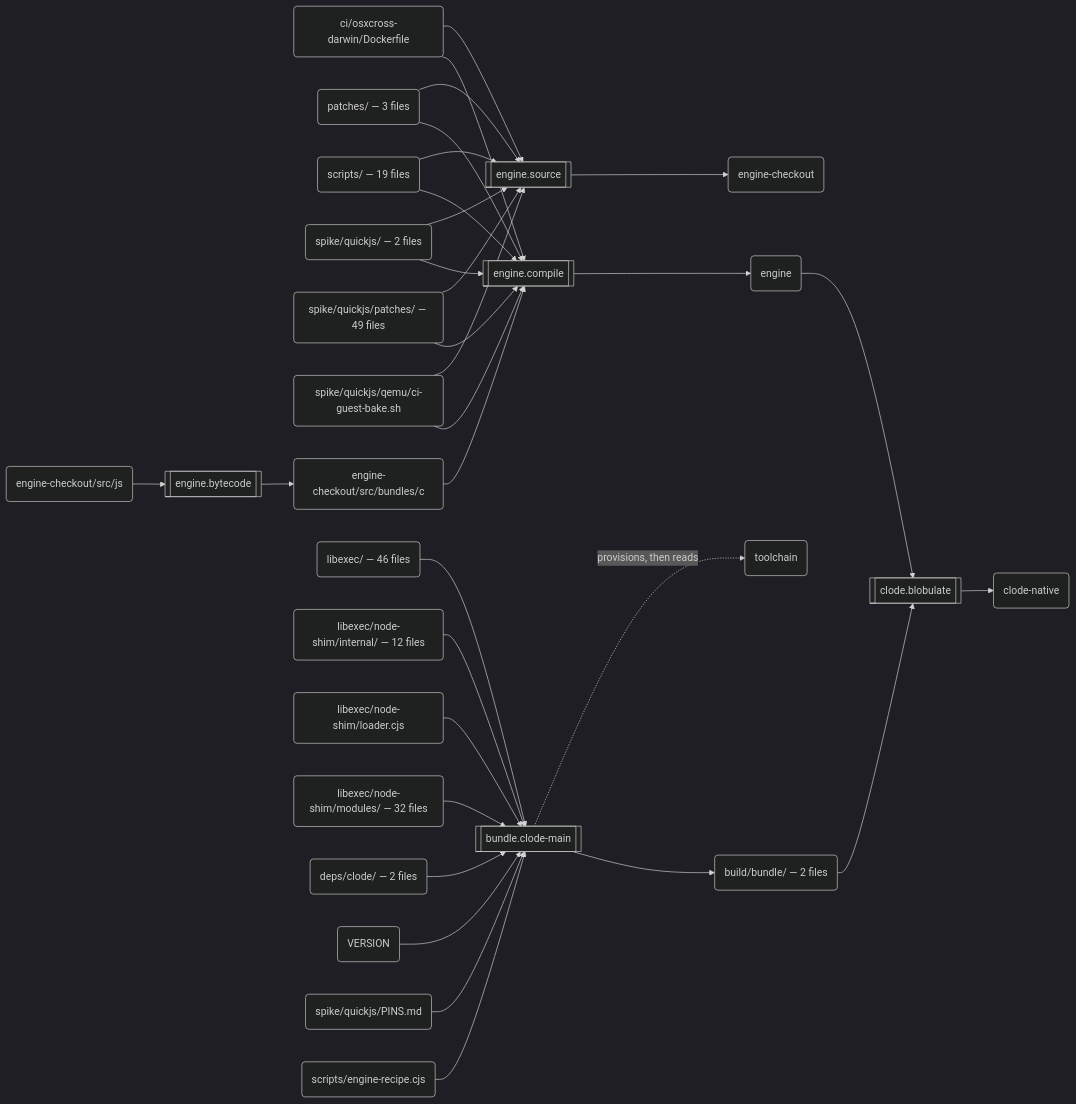
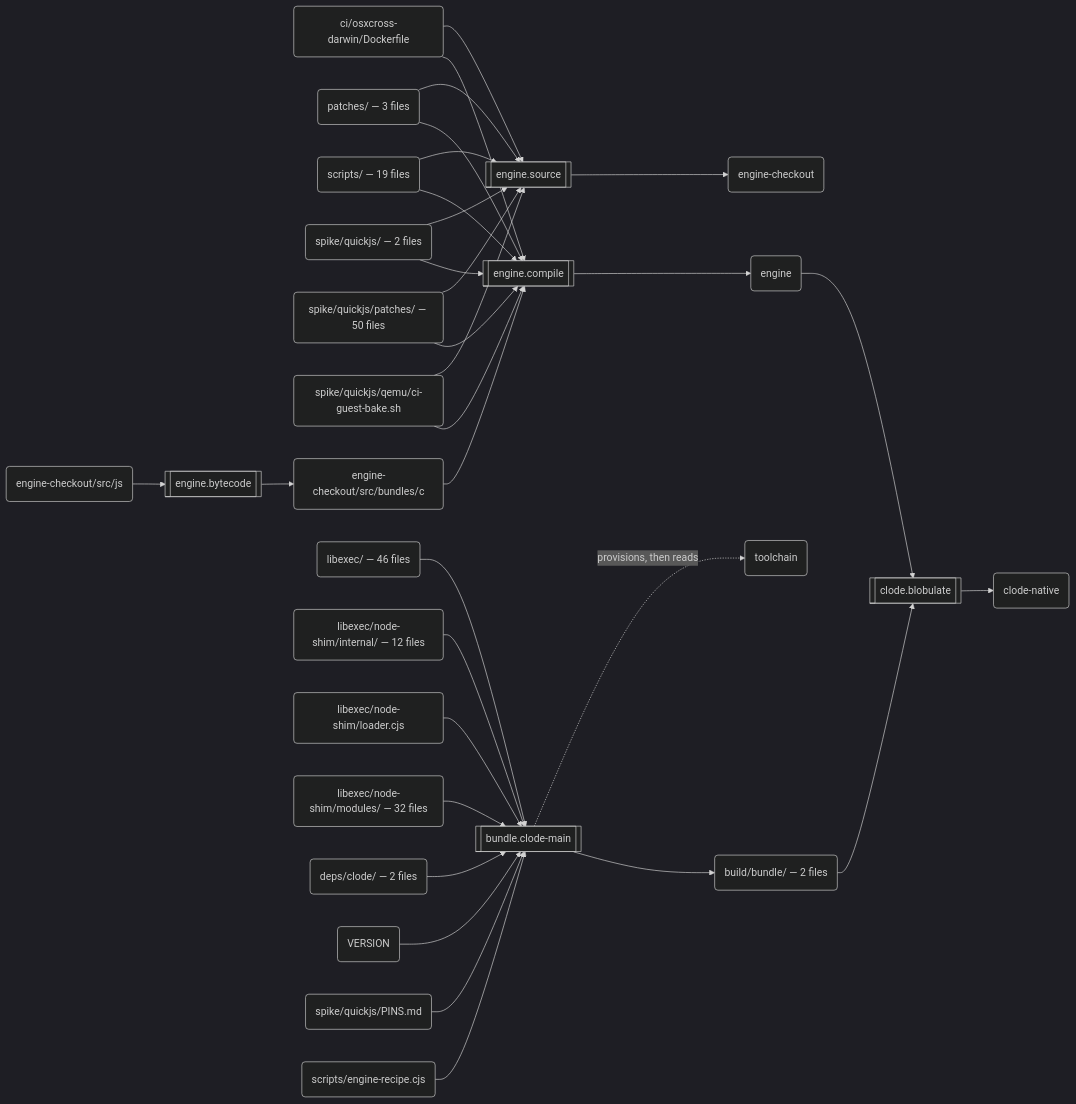
The second of 3 diagrams in docs/build.md (schmonz/clode), drawn with Mermaid (dark theme) before and after one commit. The commit also changed other lines of this file and 1 other file, not shown here.

Commit message:
fix(engine): connect-next-address patch follows the proxy patch's s_proxy_host rename
Claude-Session: https://claude.ai/code/session_01X9pCeEg19PPwwjgrS8wV5a

````diff
--- a/docs/build.md
+++ b/docs/build.md
@@ -123,59 +123,59 @@
 ```mermaid
 flowchart LR
   s0[["engine.source"]]
   a0("ci/osxcross-darwin/Dockerfile")
   a1("patches/ — 3 files")
   a2("scripts/ — 19 files")
   a3("spike/quickjs/ — 2 files")
-  a4("spike/quickjs/patches/ — 49 files")
+  a4("spike/quickjs/patches/ — 50 files")
   a5("spike/quickjs/qemu/ci-guest-bake.sh")
   a6("engine-checkout")
   s1[["engine.bytecode"]]
   a7("engine-checkout/src/js")
   a8("engine-checkout/src/bundles/c")
   s2[["engine.compile"]]
   a9("engine")
   s3[["bundle.clode-main"]]
   a10("libexec/ — 46 files")
   a11("libexec/node-shim/internal/ — 12 files")
   a12("libexec/node-shim/loader.cjs")
   a13("libexec/node-shim/modules/ — 32 files")
   a14("deps/clode/ — 2 files")
   a15("VERSION")
   a16("spike/quickjs/PINS.md")
   a17("scripts/engine-recipe.cjs")
   a18("toolchain")
   a19("build/bundle/ — 2 files")
   s4[["clode.blobulate"]]
   a20("clode-native")
   a0 --> s0
   a1 --> s0
   a2 --> s0
   a3 --> s0
   a4 --> s0
   a5 --> s0
   s0 --> a6
   a7 --> s1
   s1 --> a8
   a8 --> s2
   a0 --> s2
   a1 --> s2
   a2 --> s2
   a3 --> s2
   a4 --> s2
   a5 --> s2
   s2 --> a9
   a10 --> s3
   a11 --> s3
   a12 --> s3
   a13 --> s3
   a14 --> s3
   a15 --> s3
   a16 --> s3
   a17 --> s3
   s3 -.->|"provisions, then reads"| a18
   s3 --> a19
   a9 --> s4
   a19 --> s4
   s4 --> a20
 ```
````
